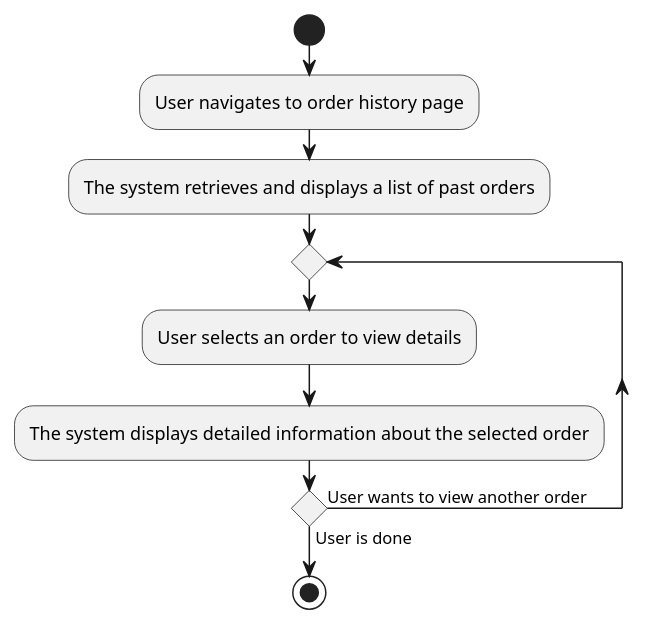
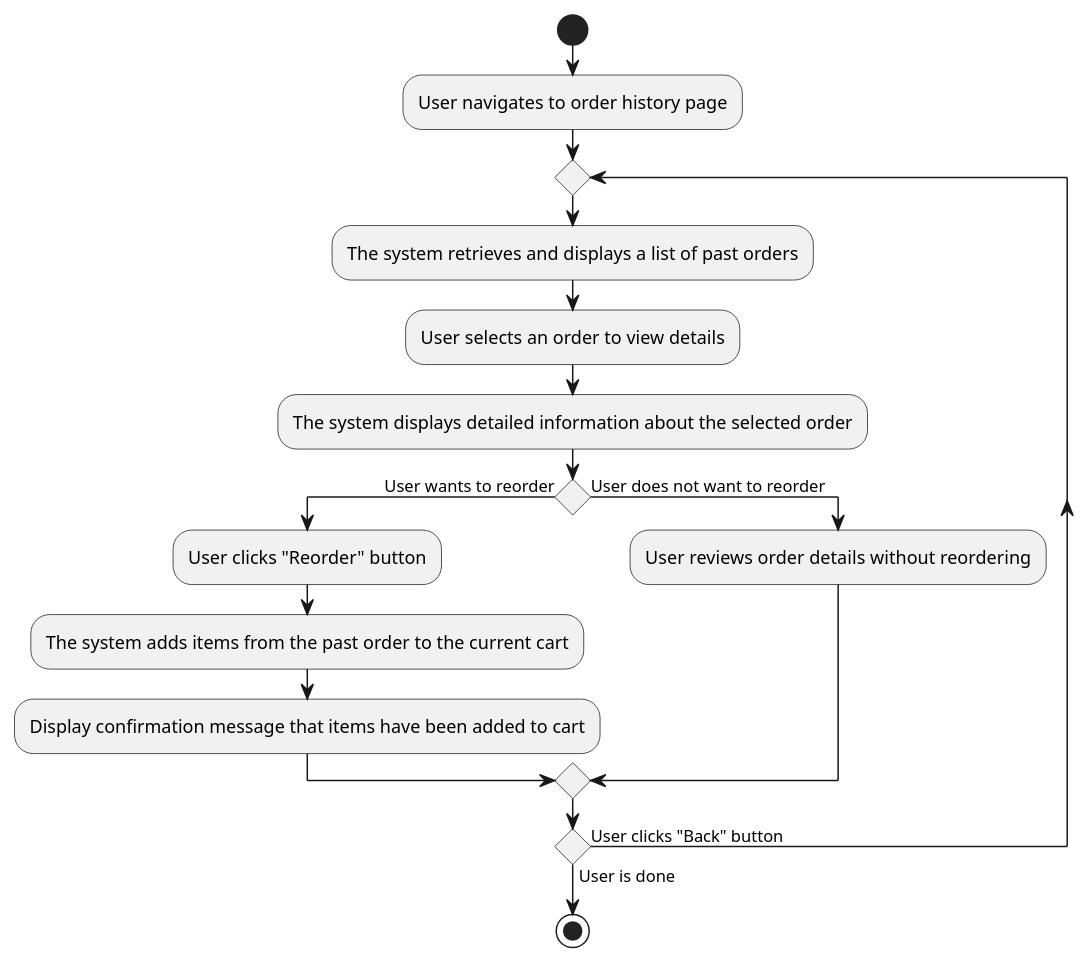
One commit to HighlyHylian/online-ecommerce-platform changed the diagram in diagrams/US-10-11.puml. Above: the diagram before and after it, drawn with PlantUML.

```diff
--- a/diagrams/US-10-11.puml
+++ b/diagrams/US-10-11.puml
@@ -1,10 +1,17 @@
 @startuml US-10-11 Activity
 start
 :User navigates to order history page;
-:The system retrieves and displays a list of past orders;
-repeat
+repeat  
+    :The system retrieves and displays a list of past orders;
     :User selects an order to view details;
     :The system displays detailed information about the selected order;
-repeat while () is (User wants to view another order) not (User is done)
+    if () then (User wants to reorder)
+        :User clicks "Reorder" button;
+        :The system adds items from the past order to the current cart;
+        :Display confirmation message that items have been added to cart;
+    else (User does not want to reorder)
+        :User reviews order details without reordering;
+    endif
+repeat while () is (User clicks "Back" button) not (User is done)
 stop
 @enduml
```
